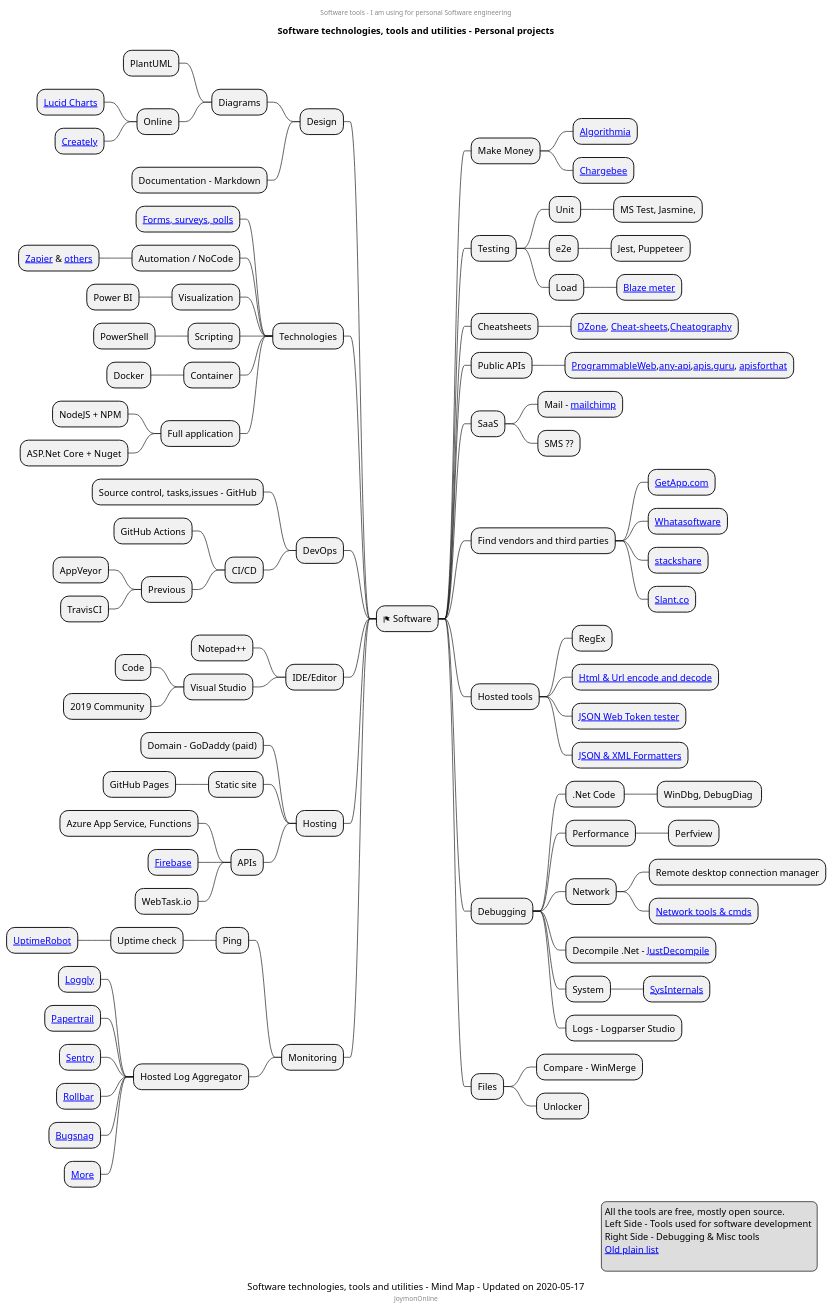
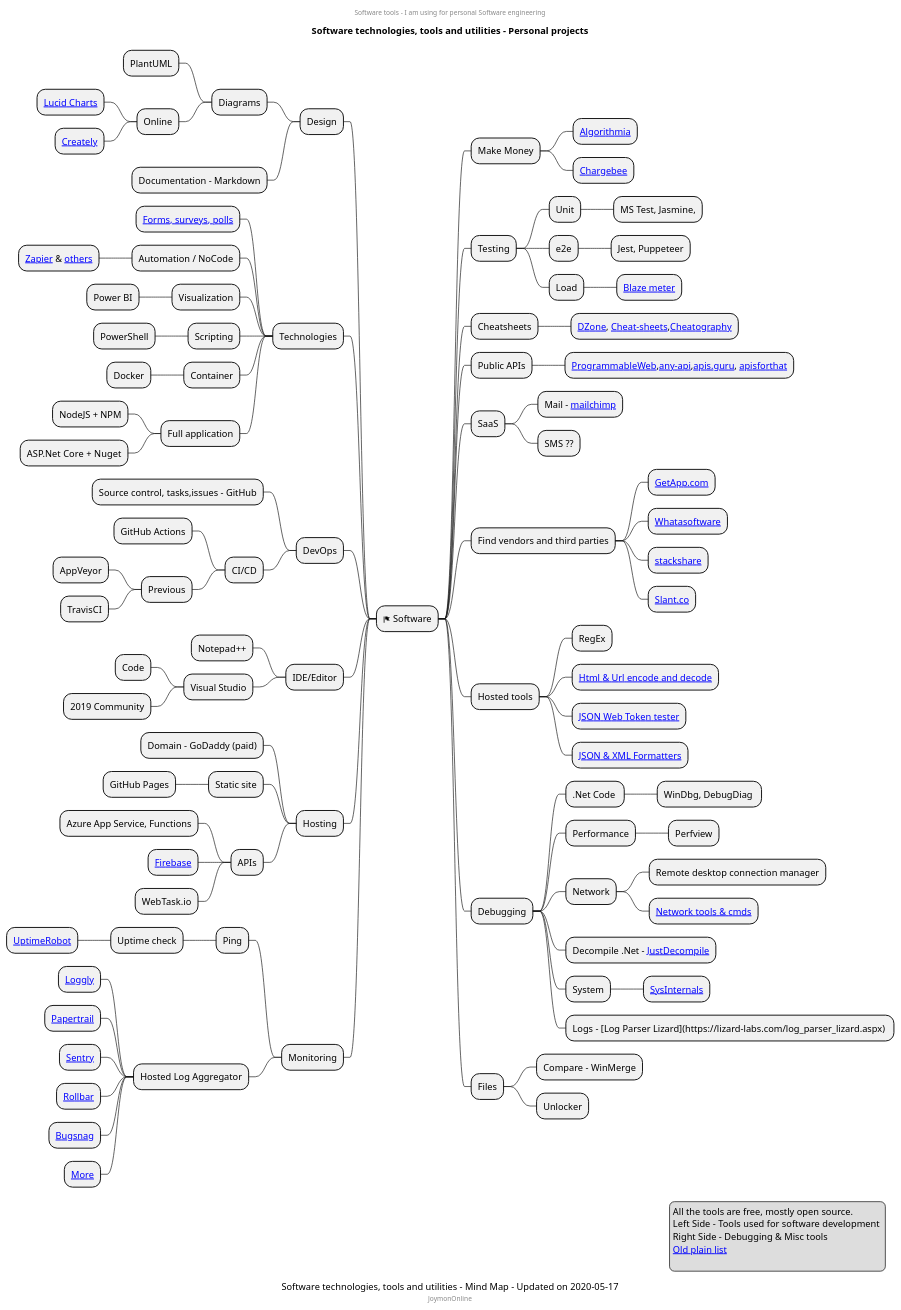
Before and after one commit to mind-maps/software: the diagram in software-tools/software-engineering-tools.puml, drawn with PlantUML.

```diff
--- a/software-tools/software-engineering-tools.puml
+++ b/software-tools/software-engineering-tools.puml
@@ -1,117 +1,117 @@
 @startmindmap
 center header
 Software tools - I am using for personal Software engineering
 endheader
 title Software technologies, tools and utilities - Personal projects
 caption Software technologies, tools and utilities - Mind Map - Updated on 2020-05-17
 center footer JoymonOnline
 * <&flag> Software
 ** Make Money
 *** [[Algorithmia.com Algorithmia]]
 *** [[https://www.chargebee.com/pricing Chargebee]]
 ** Testing
 *** Unit
 **** MS Test, Jasmine,
 *** e2e
 **** Jest, Puppeteer
 *** Load
 **** [[http://blazemeter.com Blaze meter]]
 
 ** Cheatsheets
 *** [[https://dzone.com/refcardz DZone]], [[http://www.cheat-sheets.org/ Cheat-sheets]],[[https://www.cheatography.com/ Cheatography]]
 ** Public APIs
 *** [[https://www.programmableweb.com/ ProgrammableWeb]],[[https://any-api.com/ any-api]],[[https://apis.guru/browse-apis/ apis.guru]], [[http://www.apiforthat.com/ apisforthat]]
 ** SaaS
 *** Mail - [[https://mailchimp.com/ mailchimp]]
 *** SMS ??
 ** Find vendors and third parties
 *** [[https://www.getapp.com/ GetApp.com]]
 *** [[https://www.whatasoftware.com/ Whatasoftware]]
 *** [[https://stackshare.io/ stackshare]]
 *** [[https://www.slant.co/ Slant.co]]
 ** Hosted tools
 *** RegEx
 *** [[https://countwordsfree.com/text-encode Html & Url encode and decode]]
 *** [[https://jwt.io JSON Web Token tester]]
 *** [[https://countwordsfree.com/jsonviewer JSON & XML Formatters]]
 ** Debugging
 *** .Net Code 
 **** WinDbg, DebugDiag 
 *** Performance
 **** Perfview
 *** Network
 **** Remote desktop connection manager
 **** [[http://www.plantuml.com/plantuml/proxy?fmt=svg&cache=no&src=https://raw.githubusercontent.com/mind*maps/software/master/debugging/windows*network*debugging.puml Network tools & cmds]]
 *** Decompile .Net - [[https://www.telerik.com/products/decompiler.aspx JustDecompile]]
 *** System
 **** [[https://docs.microsoft.com/en-us/sysinternals/ SysInternals]]
-*** Logs - Logparser Studio
+*** Logs - [Log Parser Lizard](https://lizard-labs.com/log_parser_lizard.aspx) 
 
 ** Files
 *** Compare - WinMerge
 *** Unlocker
 
 left side
 
 ** Design
 *** Diagrams
 **** PlantUML
 **** Online
 ***** [[https://lucid.app Lucid Charts]]
 ***** [[https://creately.com Creately]]
 *** Documentation - Markdown
 ** Technologies
 *** [[https://forms.microsoft.com/ Forms, surveys, polls]]
 *** Automation / NoCode
 **** [[https://zapier.com/home Zapier]] & [[https://gist.github.com/joymon/89aeb18bef588895426b46a54e2ba970 others]]
 *** Visualization
 **** Power BI
 *** Scripting
 **** PowerShell
 *** Container
 **** Docker
 *** Full application
 **** NodeJS + NPM
 **** ASP.Net Core + Nuget
 
 ** DevOps
 *** Source control, tasks,issues - GitHub
 *** CI/CD
 **** GitHub Actions
 **** Previous
 ***** AppVeyor
 ***** TravisCI
 ** IDE/Editor
 *** Notepad++
 *** Visual Studio
 **** Code
 **** 2019 Community
 
 ** Hosting
 *** Domain - GoDaddy (paid)
 *** Static site
 **** GitHub Pages
 *** APIs
 **** Azure App Service, Functions
 **** [[https://firebase.google.com/pricing Firebase]]
 **** WebTask.io
 ** Monitoring
 *** Ping
 **** Uptime check
 ***** [[https://uptimerobot.com/pricing UptimeRobot]]
 
 *** Hosted Log Aggregator
 **** [[https://www.loggly.com/plans-and-pricing/ Loggly]]
 **** [[https://www.papertrail.com/plans/ Papertrail]]
 **** [[https://sentry.io/pricing/ Sentry]]
 **** [[https://rollbar.com/pricing/ Rollbar]]
 **** [[https://www.bugsnag.com/pricing Bugsnag]]
 **** [[https://github.com/cheeaun/javascript-error-logging More]]
 legend right
 All the tools are free, mostly open source.
 Left Side - Tools used for software development 
 Right Side - Debugging & Misc tools
 [[https://joymonscode.blogspot.com/2017/05/toolbox-for-open-source-developers.html Old plain list]]
   
 endlegend
 @endmindmap
```
